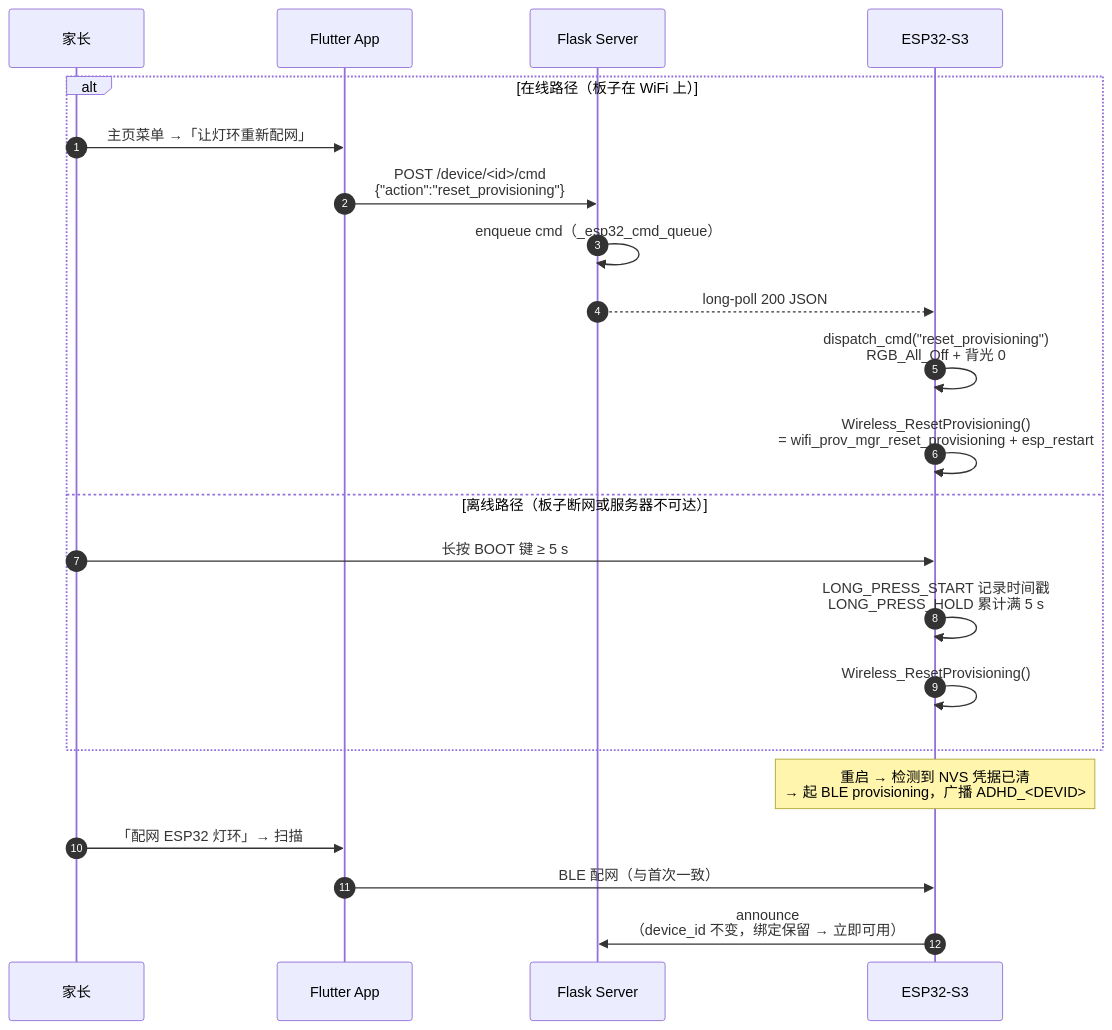
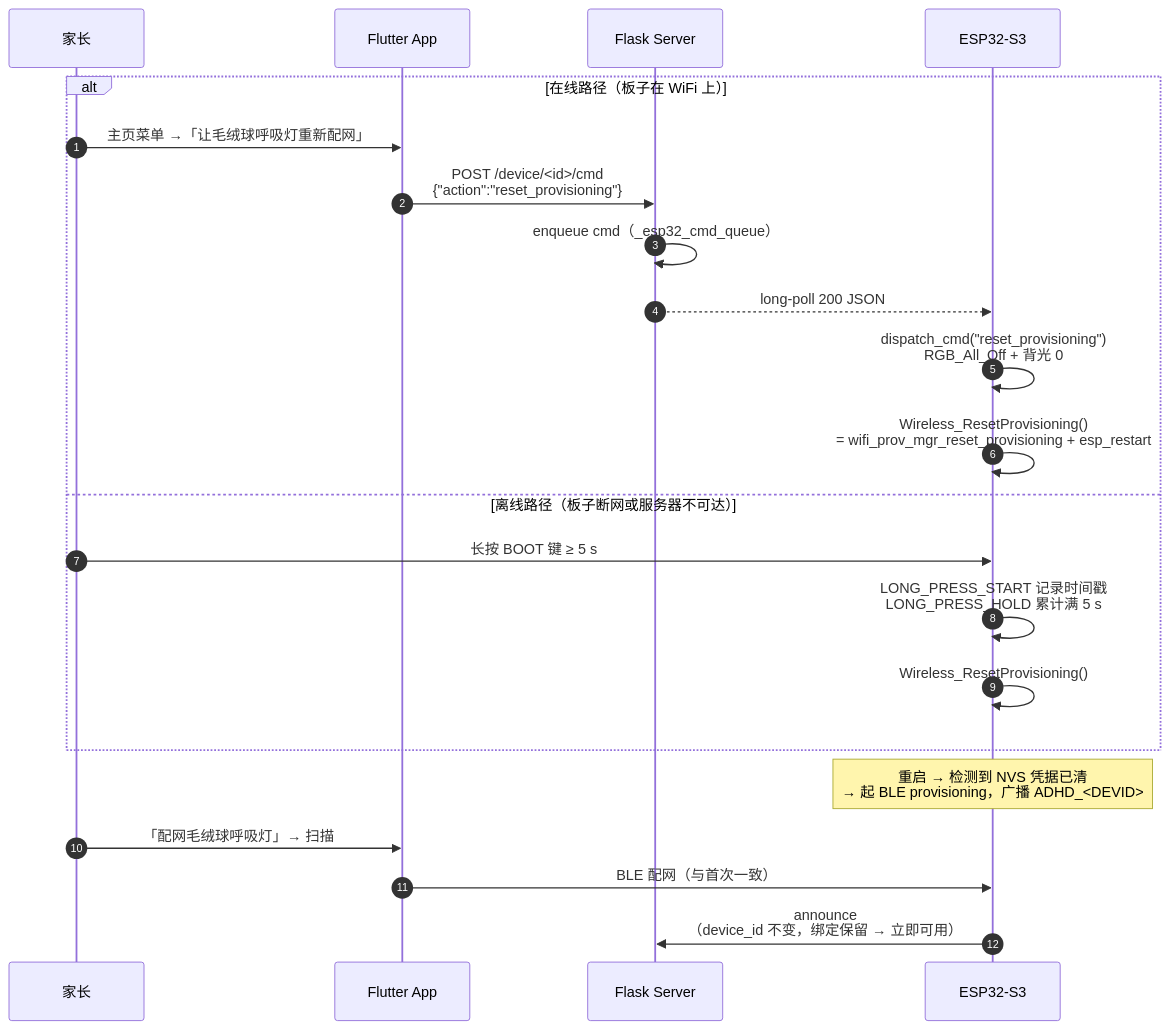
Before and after one commit to ch308/ADHD_Monitor: the ninth of 14 diagrams in README.md, drawn with Mermaid. The commit also changed other lines of this file and 5 other files, not shown here.

````diff
--- a/README.md
+++ b/README.md
@@ -430,25 +430,25 @@
 ```mermaid
 sequenceDiagram
     autonumber
     participant User as 家长
     participant App as Flutter App
     participant Cloud as Flask Server
     participant Board as ESP32-S3
 
     alt 在线路径（板子在 WiFi 上）
-        User->>App: 主页菜单 →「让灯环重新配网」
+        User->>App: 主页菜单 →「让毛绒球呼吸灯重新配网」
         App->>Cloud: POST /device/<id>/cmd<br/>{"action":"reset_provisioning"}
         Cloud->>Cloud: enqueue cmd（_esp32_cmd_queue）
         Cloud-->>Board: long-poll 200 JSON
         Board->>Board: dispatch_cmd("reset_provisioning")<br/>RGB_All_Off + 背光 0
         Board->>Board: Wireless_ResetProvisioning()<br/>= wifi_prov_mgr_reset_provisioning + esp_restart
     else 离线路径（板子断网或服务器不可达）
         User->>Board: 长按 BOOT 键 ≥ 5 s
         Board->>Board: LONG_PRESS_START 记录时间戳<br/>LONG_PRESS_HOLD 累计满 5 s
         Board->>Board: Wireless_ResetProvisioning()
     end
     Note over Board: 重启 → 检测到 NVS 凭据已清<br/>→ 起 BLE provisioning，广播 ADHD_<DEVID>
-    User->>App: 「配网 ESP32 灯环」→ 扫描
+    User->>App: 「配网毛绒球呼吸灯」→ 扫描
     App->>Board: BLE 配网（与首次一致）
     Board->>Cloud: announce<br/>（device_id 不变，绑定保留 → 立即可用）
 ```
````
